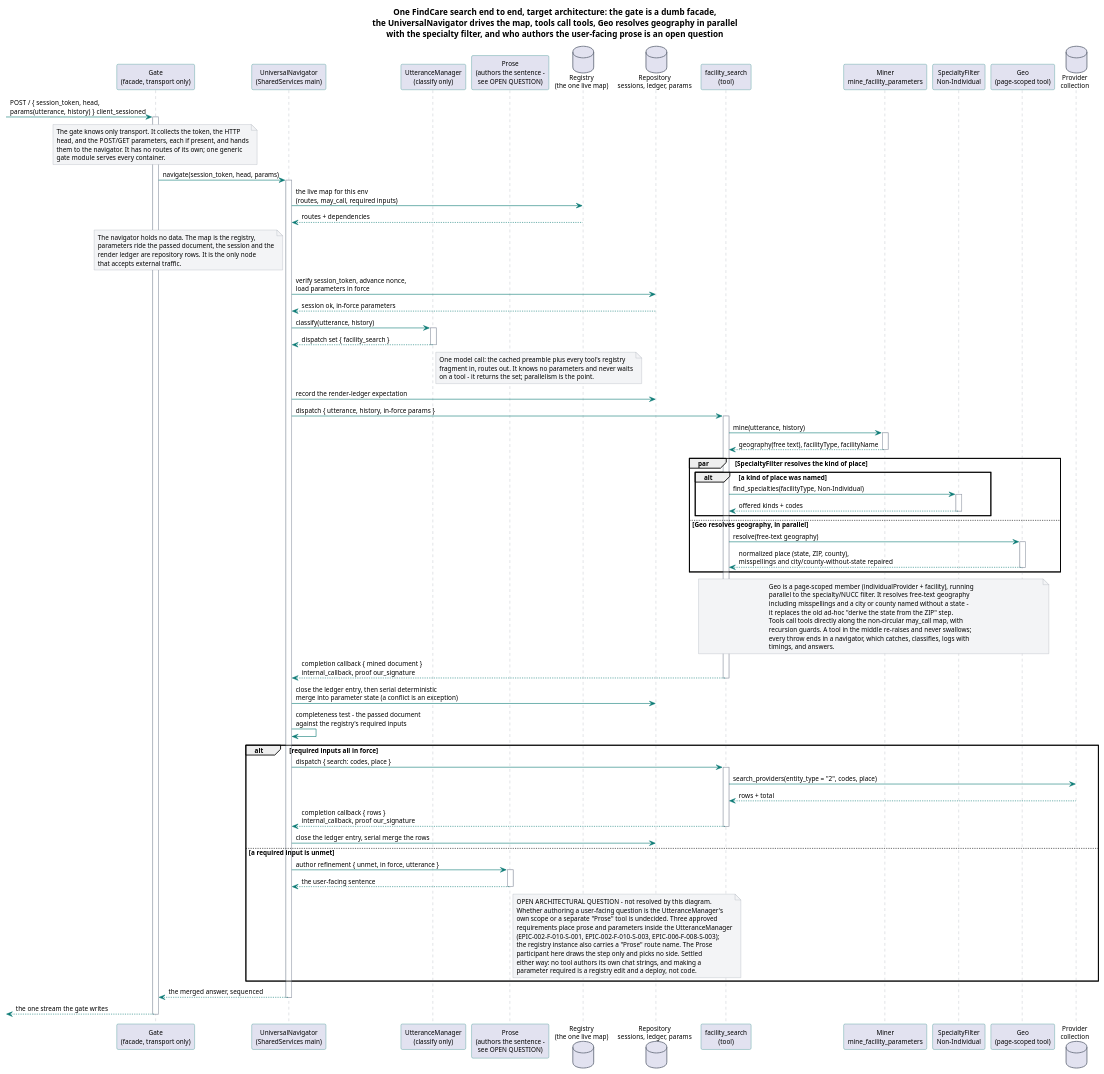
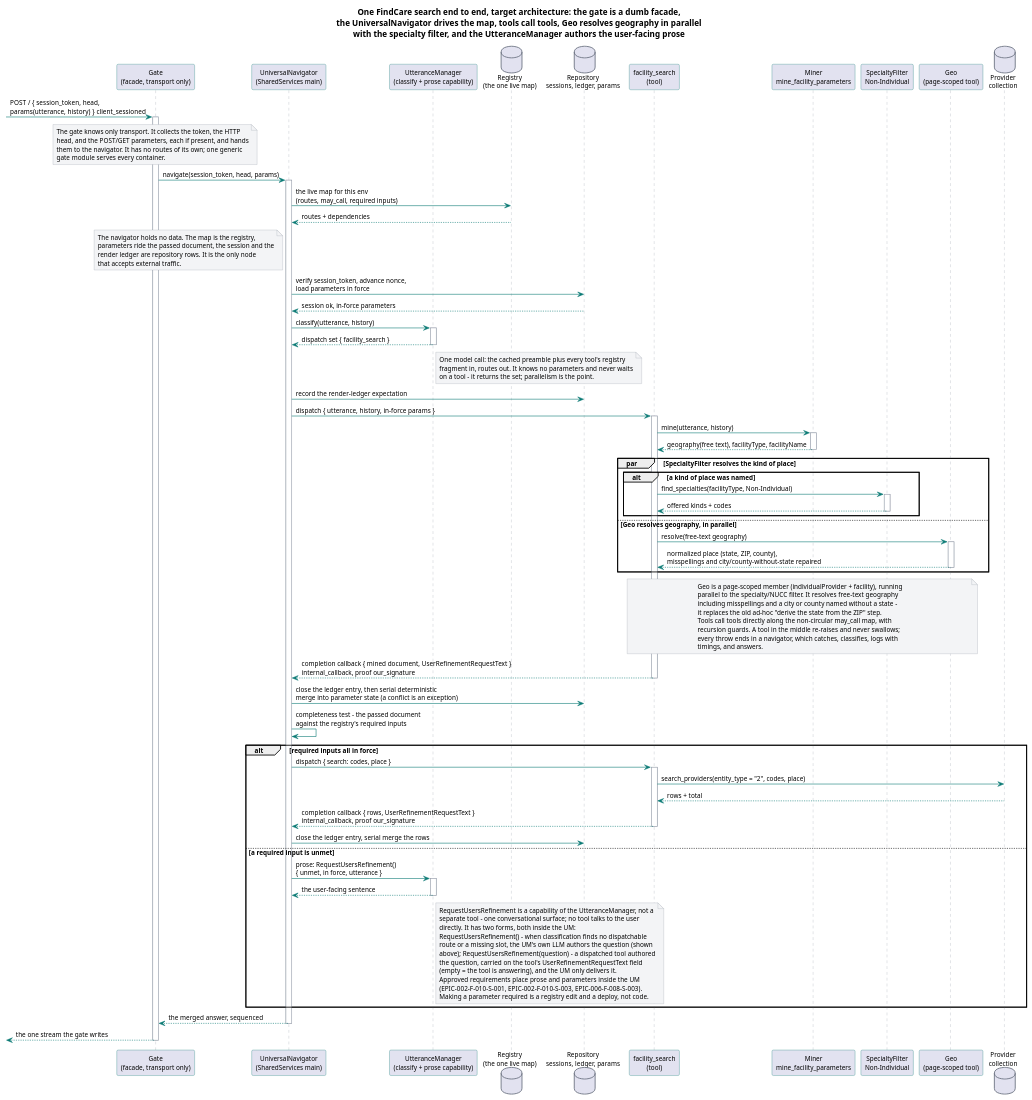
The diagram in brain/machine_artifacts/diagramsAndImages/sources/fc_search_sequence.puml (SkipSnow/ChatHealthyRepo), drawn with PlantUML before and after one commit. The commit also changed 101 other files, not shown here.

```diff
--- a/brain/machine_artifacts/diagramsAndImages/sources/fc_search_sequence.puml
+++ b/brain/machine_artifacts/diagramsAndImages/sources/fc_search_sequence.puml
@@ -1,128 +1,129 @@
 @startuml
 skinparam componentStyle rectangle
 skinparam shadowing false
 skinparam defaultFontName Segoe UI
 skinparam defaultFontSize 11
 skinparam ArrowColor #0b7a75
 skinparam ComponentBorderColor #0b7a75
 skinparam DatabaseBorderColor #6b7280
 skinparam NoteBackgroundColor #f3f4f6
 skinparam NoteBorderColor #9ca3af
 
 skinparam ParticipantBorderColor #0b7a75
 skinparam SequenceLifeLineBorderColor #9ca3af
 
-title One FindCare search end to end, target architecture: the gate is a dumb facade,\nthe UniversalNavigator drives the map, tools call tools, Geo resolves geography in parallel\nwith the specialty filter, and who authors the user-facing prose is an open question
+title One FindCare search end to end, target architecture: the gate is a dumb facade,\nthe UniversalNavigator drives the map, tools call tools, Geo resolves geography in parallel\nwith the specialty filter, and the UtteranceManager authors the user-facing prose
 
 participant "Gate\n(facade, transport only)" as Gate
 participant "UniversalNavigator\n(SharedServices main)" as UN
-participant "UtteranceManager\n(classify only)" as UM
-participant "Prose\n(authors the sentence -\nsee OPEN QUESTION)" as Prose
+participant "UtteranceManager\n(classify + prose capability)" as UM
 database "Registry\n(the one live map)" as Reg
 database "Repository\nsessions, ledger, params" as Repo
 participant "facility_search\n(tool)" as FS
 participant "Miner\nmine_facility_parameters" as Miner
 participant "SpecialtyFilter\nNon-Individual" as Cat
 participant "Geo\n(page-scoped tool)" as Geo
 database "Provider\ncollection" as Providers
 
 [-> Gate : POST /  { session_token, head,\nparams(utterance, history) }  client_sessioned
 activate Gate
 note over Gate
   The gate knows only transport. It collects the token, the HTTP
   head, and the POST/GET parameters, each if present, and hands
   them to the navigator. It has no routes of its own; one generic
   gate module serves every container.
 end note
 
 Gate -> UN : navigate(session_token, head, params)
 activate UN
 UN -> Reg : the live map for this env\n(routes, may_call, required inputs)
 Reg --> UN : routes + dependencies
 note left of UN
   The navigator holds no data. The map is the registry,
   parameters ride the passed document, the session and the
   render ledger are repository rows. It is the only node
   that accepts external traffic.
 end note
 UN -> Repo : verify session_token, advance nonce,\nload parameters in force
 Repo --> UN : session ok, in-force parameters
 
 UN -> UM : classify(utterance, history)
 activate UM
 UM --> UN : dispatch set { facility_search }
 deactivate UM
 note right of UM
   One model call: the cached preamble plus every tool's registry
   fragment in, routes out. It knows no parameters and never waits
   on a tool - it returns the set; parallelism is the point.
 end note
 
 UN -> Repo : record the render-ledger expectation
 UN -> FS : dispatch { utterance, history, in-force params }
 activate FS
 FS -> Miner : mine(utterance, history)
 activate Miner
 Miner --> FS : geography(free text), facilityType, facilityName
 deactivate Miner
 
 par SpecialtyFilter resolves the kind of place
   alt a kind of place was named
     FS -> Cat : find_specialties(facilityType, Non-Individual)
     activate Cat
     Cat --> FS : offered kinds + codes
     deactivate Cat
   end
 else Geo resolves geography, in parallel
   FS -> Geo : resolve(free-text geography)
   activate Geo
   Geo --> FS : normalized place (state, ZIP, county),\nmisspellings and city/county-without-state repaired
   deactivate Geo
 end
 note over FS, Geo
   Geo is a page-scoped member (individualProvider + facility), running
   parallel to the specialty/NUCC filter. It resolves free-text geography
   including misspellings and a city or county named without a state -
   it replaces the old ad-hoc "derive the state from the ZIP" step.
   Tools call tools directly along the non-circular may_call map, with
   recursion guards. A tool in the middle re-raises and never swallows;
   every throw ends in a navigator, which catches, classifies, logs with
   timings, and answers.
 end note
-FS --> UN : completion callback { mined document }\ninternal_callback, proof our_signature
+FS --> UN : completion callback { mined document, UserRefinementRequestText }\ninternal_callback, proof our_signature
 deactivate FS
 UN -> Repo : close the ledger entry, then serial deterministic\nmerge into parameter state (a conflict is an exception)
 UN -> UN : completeness test - the passed document\nagainst the registry's required inputs
 
 alt required inputs all in force
   UN -> FS : dispatch { search: codes, place }
   activate FS
   FS -> Providers : search_providers(entity_type = "2", codes, place)
   Providers --> FS : rows + total
-  FS --> UN : completion callback { rows }\ninternal_callback, proof our_signature
+  FS --> UN : completion callback { rows, UserRefinementRequestText }\ninternal_callback, proof our_signature
   deactivate FS
   UN -> Repo : close the ledger entry, serial merge the rows
 else a required input is unmet
-  UN -> Prose : author refinement { unmet, in force, utterance }
-  activate Prose
-  Prose --> UN : the user-facing sentence
-  deactivate Prose
-  note right of Prose
-    OPEN ARCHITECTURAL QUESTION - not resolved by this diagram.
-    Whether authoring a user-facing question is the UtteranceManager's
-    own scope or a separate "Prose" tool is undecided. Three approved
-    requirements place prose and parameters inside the UtteranceManager
-    (EPIC-002-F-010-S-001, EPIC-002-F-010-S-003, EPIC-006-F-008-S-003);
-    the registry instance also carries a "Prose" route name. The Prose
-    participant here draws the step only and picks no side. Settled
-    either way: no tool authors its own chat strings, and making a
-    parameter required is a registry edit and a deploy, not code.
+  UN -> UM : prose: RequestUsersRefinement()\n{ unmet, in force, utterance }
+  activate UM
+  UM --> UN : the user-facing sentence
+  deactivate UM
+  note right of UM
+    RequestUsersRefinement is a capability of the UtteranceManager, not a
+    separate tool - one conversational surface; no tool talks to the user
+    directly. It has two forms, both inside the UM:
+    RequestUsersRefinement() - when classification finds no dispatchable
+    route or a missing slot, the UM's own LLM authors the question (shown
+    above); RequestUsersRefinement(question) - a dispatched tool authored
+    the question, carried on the tool's UserRefinementRequestText field
+    (empty = the tool is answering), and the UM only delivers it.
+    Approved requirements place prose and parameters inside the UM
+    (EPIC-002-F-010-S-001, EPIC-002-F-010-S-003, EPIC-006-F-008-S-003).
+    Making a parameter required is a registry edit and a deploy, not code.
   end note
 end
 
 UN --> Gate : the merged answer, sequenced
 deactivate UN
 [<-- Gate : the one stream the gate writes
 deactivate Gate
 
 @enduml
```
